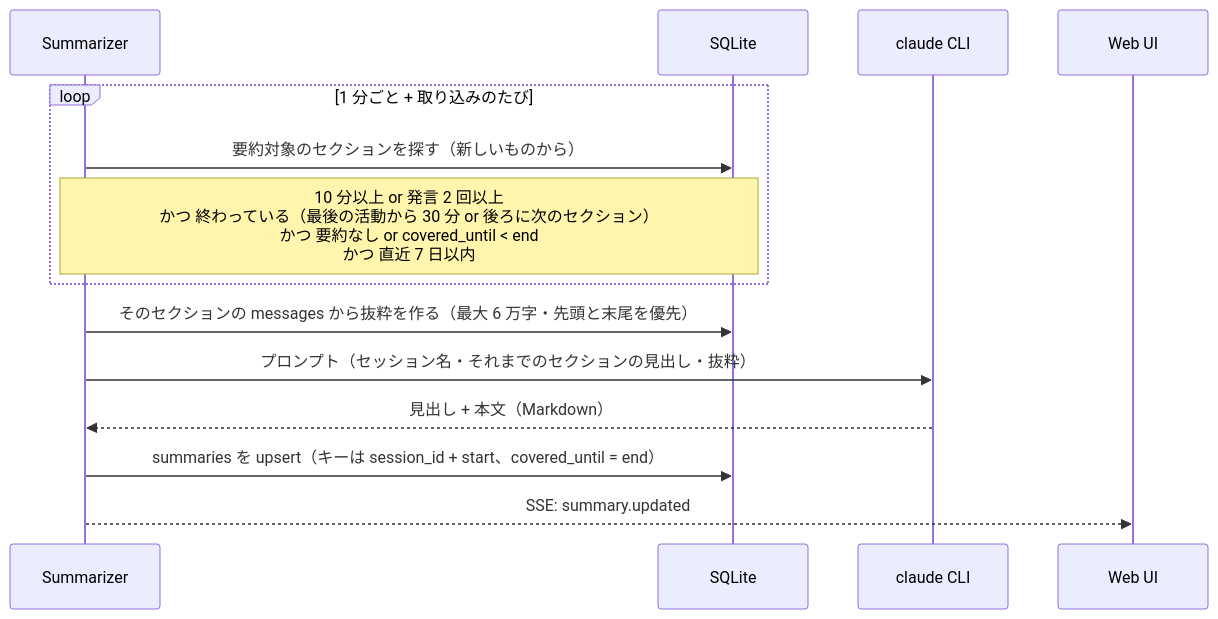
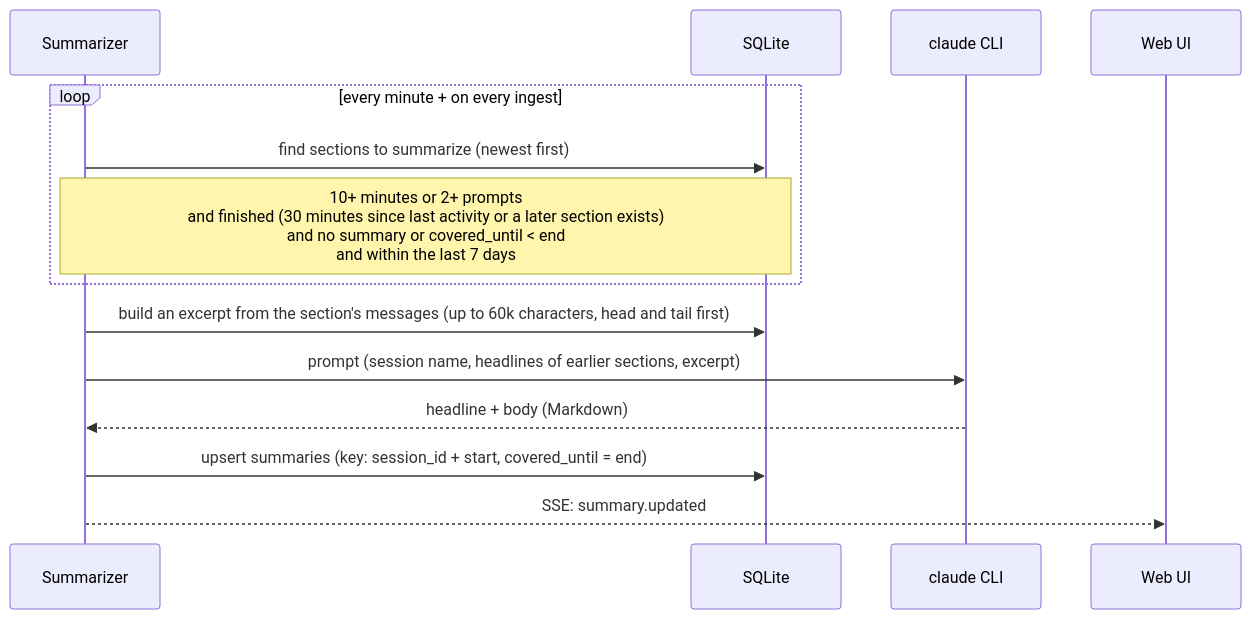
Before and after one commit to atsuki-shirasawa/kairos: the third of 3 diagrams in docs/architecture.md, drawn with Mermaid. The commit also changed other lines of this file and 100 other files, not shown here.

````diff
--- a/docs/architecture.md
+++ b/docs/architecture.md
@@ -104,17 +104,17 @@
 ```mermaid
 sequenceDiagram
     participant S as Summarizer
     participant DB as SQLite
     participant C as claude CLI
     participant UI as Web UI
 
-    loop 1 分ごと + 取り込みのたび
-        S->>DB: 要約対象のセクションを探す（新しいものから）
-        Note over S,DB: 10 分以上 or 発言 2 回以上<br/>かつ 終わっている（最後の活動から 30 分 or 後ろに次のセクション）<br/>かつ 要約なし or covered_until < end<br/>かつ 直近 7 日以内
+    loop every minute + on every ingest
+        S->>DB: find sections to summarize (newest first)
+        Note over S,DB: 10+ minutes or 2+ prompts<br/>and finished (30 minutes since last activity or a later section exists)<br/>and no summary or covered_until < end<br/>and within the last 7 days
     end
-    S->>DB: そのセクションの messages から抜粋を作る（最大 6 万字・先頭と末尾を優先）
-    S->>C: プロンプト（セッション名・それまでのセクションの見出し・抜粋）
-    C-->>S: 見出し + 本文（Markdown）
-    S->>DB: summaries を upsert（キーは session_id + start、covered_until = end）
+    S->>DB: build an excerpt from the section's messages (up to 60k characters, head and tail first)
+    S->>C: prompt (session name, headlines of earlier sections, excerpt)
+    C-->>S: headline + body (Markdown)
+    S->>DB: upsert summaries (key: session_id + start, covered_until = end)
     S-->>UI: SSE: summary.updated
 ```
````
